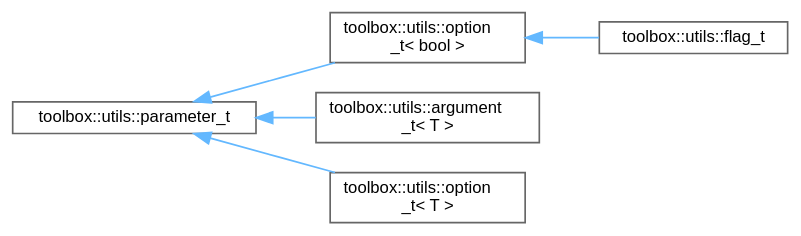
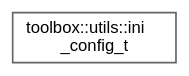
Before and after one commit to nerdneilsfield/cpp-toolbox: the diagram in inherit_graph_80.dot, drawn with Graphviz. The commit also changed 184 other files, not shown here.

```diff
--- a/inherit_graph_80.dot
+++ b/inherit_graph_80.dot
@@ -1,17 +1,9 @@
 digraph "Graphical Class Hierarchy"
 {
  // LATEX_PDF_SIZE
   bgcolor="transparent";
   edge [fontname=Helvetica,fontsize=10,labelfontname=Helvetica,labelfontsize=10];
   node [fontname=Helvetica,fontsize=10,shape=box,height=0.2,width=0.4];
   rankdir="LR";
-  Node0 [id="Node000000",label="toolbox::utils::parameter_t",height=0.2,width=0.4,color="grey40", fillcolor="white", style="filled",URL="$classtoolbox_1_1utils_1_1parameter__t.html",tooltip=" "];
-  Node0 -> Node1 [id="edge46_Node000000_Node000001",dir="back",color="steelblue1",style="solid",tooltip=" "];
-  Node1 [id="Node000001",label="toolbox::utils::option\l_t\< bool \>",height=0.2,width=0.4,color="grey40", fillcolor="white", style="filled",URL="$classtoolbox_1_1utils_1_1option__t.html",tooltip=" "];
-  Node1 -> Node2 [id="edge47_Node000001_Node000002",dir="back",color="steelblue1",style="solid",tooltip=" "];
-  Node2 [id="Node000002",label="toolbox::utils::flag_t",height=0.2,width=0.4,color="grey40", fillcolor="white", style="filled",URL="$classtoolbox_1_1utils_1_1flag__t.html",tooltip=" "];
-  Node0 -> Node3 [id="edge48_Node000000_Node000003",dir="back",color="steelblue1",style="solid",tooltip=" "];
-  Node3 [id="Node000003",label="toolbox::utils::argument\l_t\< T \>",height=0.2,width=0.4,color="grey40", fillcolor="white", style="filled",URL="$classtoolbox_1_1utils_1_1argument__t.html",tooltip=" "];
-  Node0 -> Node4 [id="edge49_Node000000_Node000004",dir="back",color="steelblue1",style="solid",tooltip=" "];
-  Node4 [id="Node000004",label="toolbox::utils::option\l_t\< T \>",height=0.2,width=0.4,color="grey40", fillcolor="white", style="filled",URL="$classtoolbox_1_1utils_1_1option__t.html",tooltip=" "];
+  Node0 [id="Node000000",label="toolbox::utils::ini\l_config_t",height=0.2,width=0.4,color="grey40", fillcolor="white", style="filled",URL="$classtoolbox_1_1utils_1_1ini__config__t.html",tooltip=" "];
 }
```
